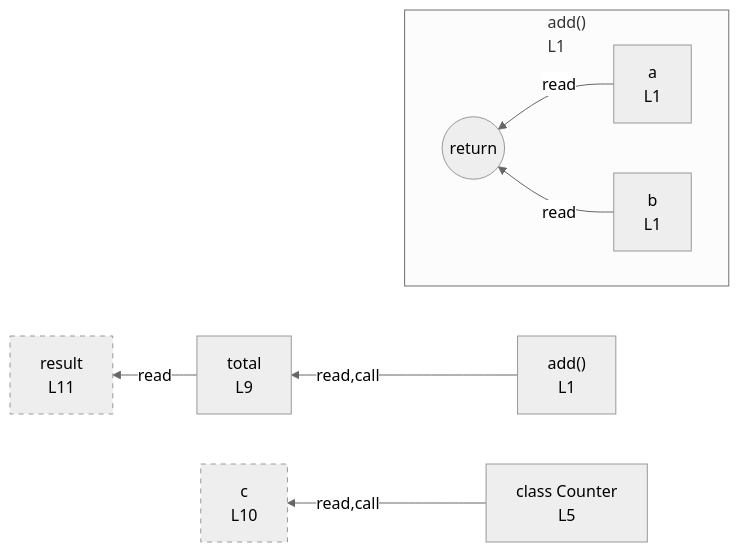
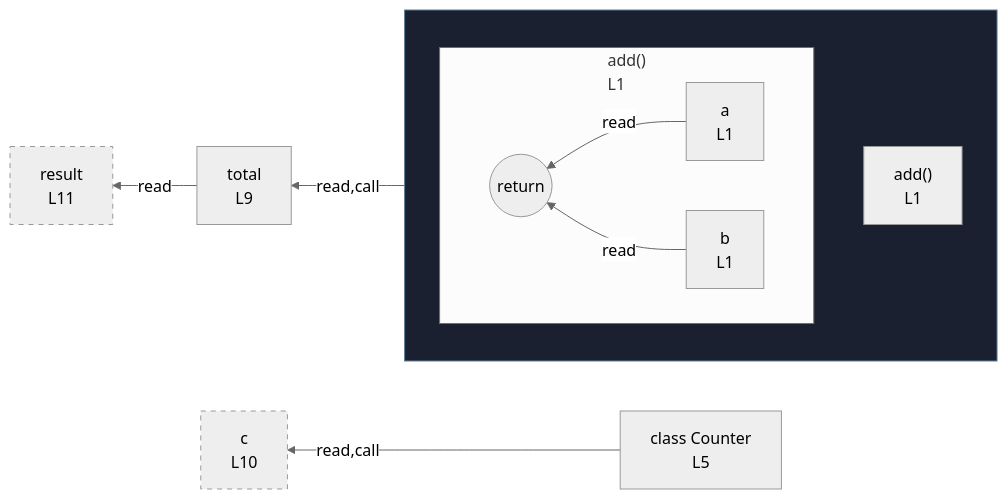
One commit to crescware/unsnarl changed the diagram in integration/fixtures/function-and-class/preview.md. Above: the diagram before and after it, drawn with Mermaid (neutral theme). The commit also changed 16 other files, not shown here.

First line of the commit message:
fix(mermaid): wrap function name + body in a sibling wrapper subgraph

````diff
--- a/integration/fixtures/function-and-class/preview.md
+++ b/integration/fixtures/function-and-class/preview.md
@@ -21,22 +21,27 @@
 ```mermaid
 flowchart RL
-  n_scope_0_add_9["add()<br/>L1"]
   n_scope_0_Counter_62["class Counter<br/>L5"]
   n_scope_0_total_94["total<br/>L9"]
   n_scope_0_c_119["c<br/>L10"]
   n_scope_0_result_144["result<br/>L11"]
-  subgraph s_scope_1["add()<br/>L1"]
-    direction RL
-    return_scope_0_add_9((return))
-    n_scope_1_a_13["a<br/>L1"]
-    n_scope_1_b_24["b<br/>L1"]
+  subgraph wrap_s_scope_1[" "]
+    direction TB
+    n_scope_0_add_9["add()<br/>L1"]
+    subgraph s_scope_1["add()<br/>L1"]
+      direction RL
+      return_scope_0_add_9((return))
+      n_scope_1_a_13["a<br/>L1"]
+      n_scope_1_b_24["b<br/>L1"]
+    end
   end
   n_scope_1_a_13 -->|read| return_scope_0_add_9
   n_scope_1_b_24 -->|read| return_scope_0_add_9
   n_scope_0_add_9 -->|read,call| n_scope_0_total_94
   n_scope_0_Counter_62 -->|read,call| n_scope_0_c_119
   n_scope_0_total_94 -->|read| n_scope_0_result_144
+  classDef fnWrap fill:#1a2030,stroke:#5a7d99;
+  class wrap_s_scope_1 fnWrap;
   classDef unused stroke-dasharray: 5 5;
   class n_scope_0_c_119 unused;
   class n_scope_0_result_144 unused;
 ```
````
